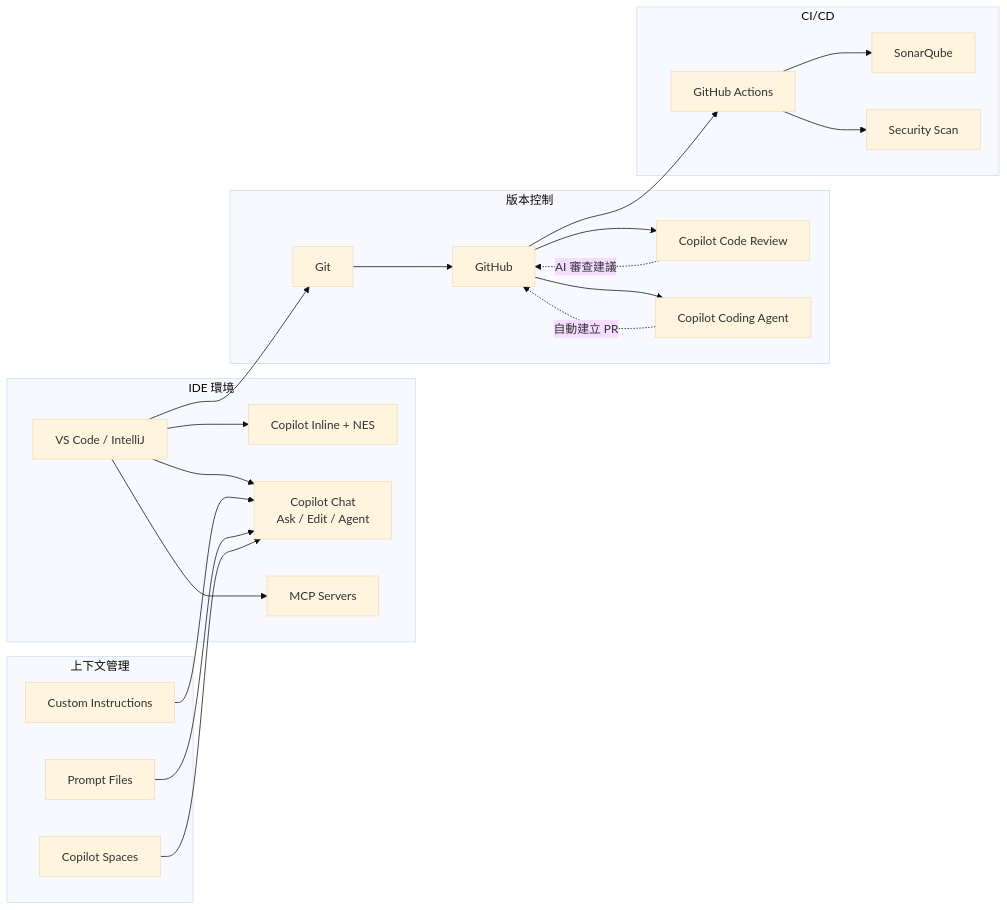
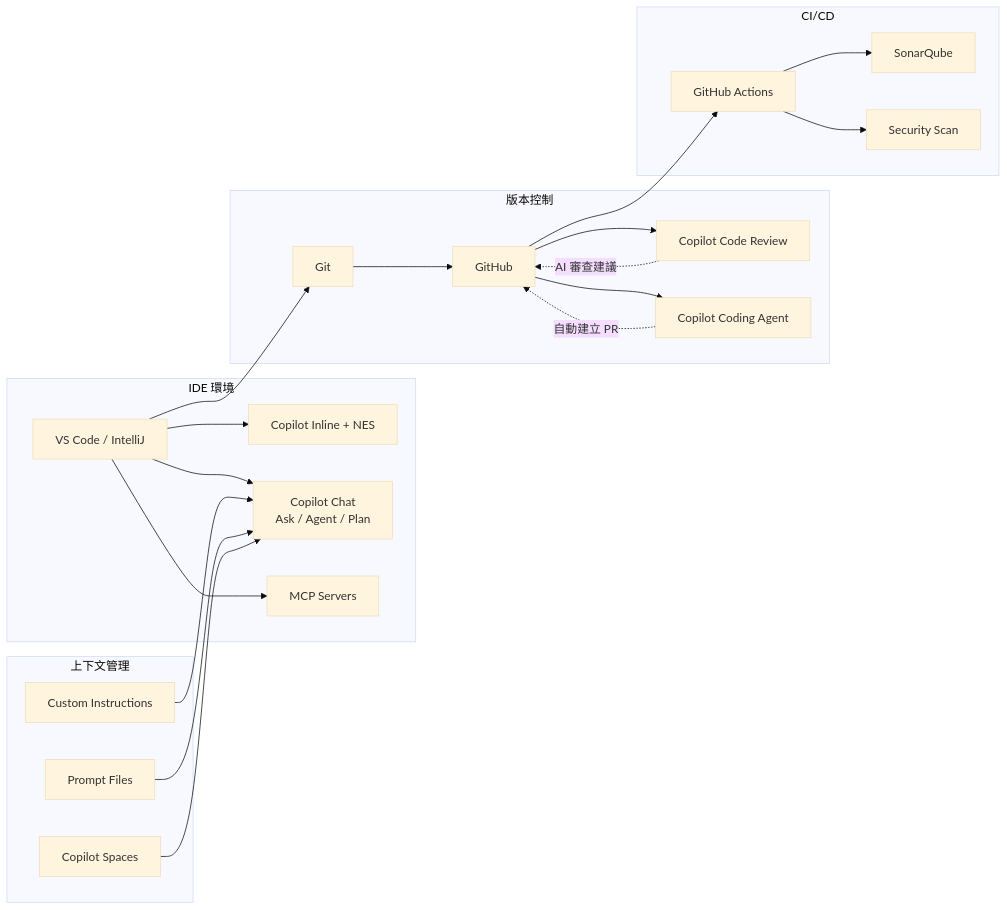
One commit to chihhung/Blog changed the fifth of 20 diagrams in content/posts/教學/AI開發/github copilot生態圈教學手冊.md. Above: the diagram before and after it, drawn with Mermaid (base theme). The commit also changed other lines of this file and 2 other files, not shown here.

````diff
--- a/content/posts/教學/AI開發/github copilot生態圈教學手冊.md
+++ b/content/posts/教學/AI開發/github copilot生態圈教學手冊.md
@@ -541,46 +582,46 @@
 ```mermaid
 flowchart LR
     subgraph "IDE 環境"
         A[VS Code / IntelliJ]
         B[Copilot Inline + NES]
-        C[Copilot Chat<br/>Ask / Edit / Agent]
+        C[Copilot Chat<br/>Ask / Agent / Plan]
         M[MCP Servers]
     end
     
     subgraph "版本控制"
         D[Git]
         E[GitHub]
         F[Copilot Code Review]
         N[Copilot Coding Agent]
     end
     
     subgraph "CI/CD"
         G[GitHub Actions]
         H[SonarQube]
         I[Security Scan]
     end
     
     subgraph "上下文管理"
         O[Custom Instructions]
         P[Prompt Files]
         Q[Copilot Spaces]
     end
     
     A --> B
     A --> C
     A --> M
     A --> D
     D --> E
     E --> F
     E --> N
     E --> G
     G --> H
     G --> I
     
     O --> C
     P --> C
     Q --> C
     
     F -.->|AI 審查建議| E
     N -.->|自動建立 PR| E
 ```
````
